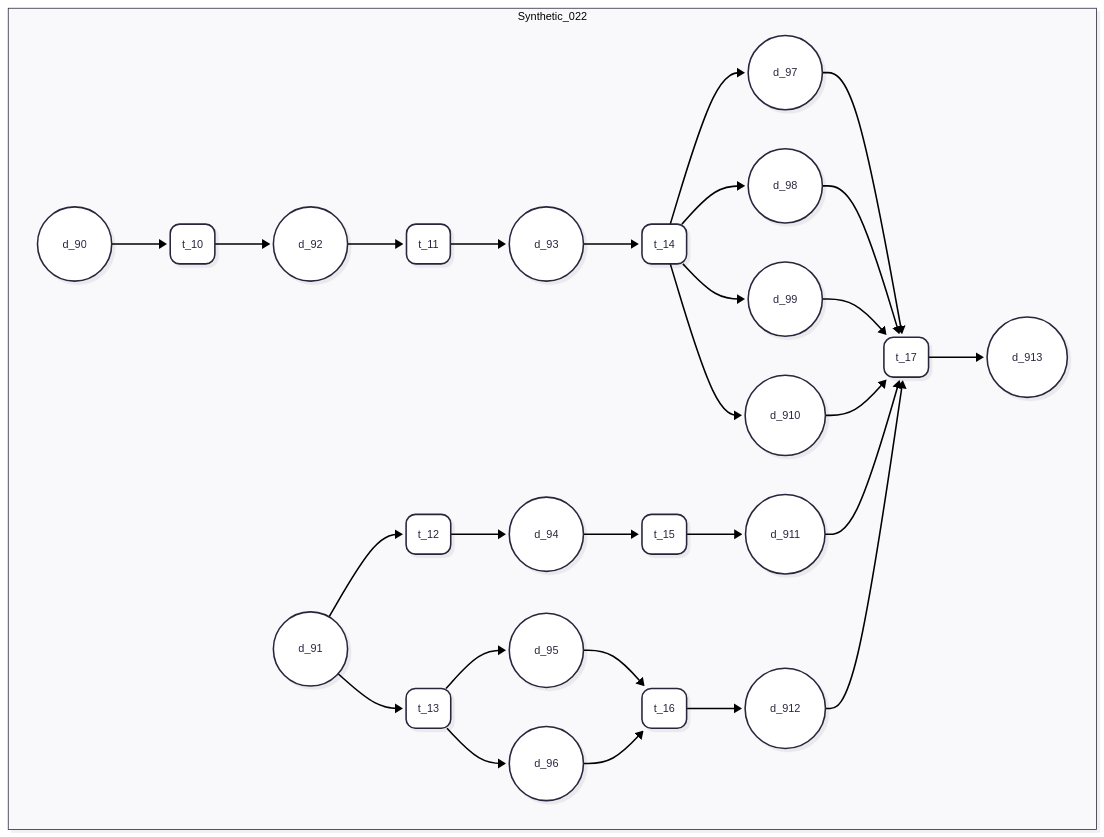
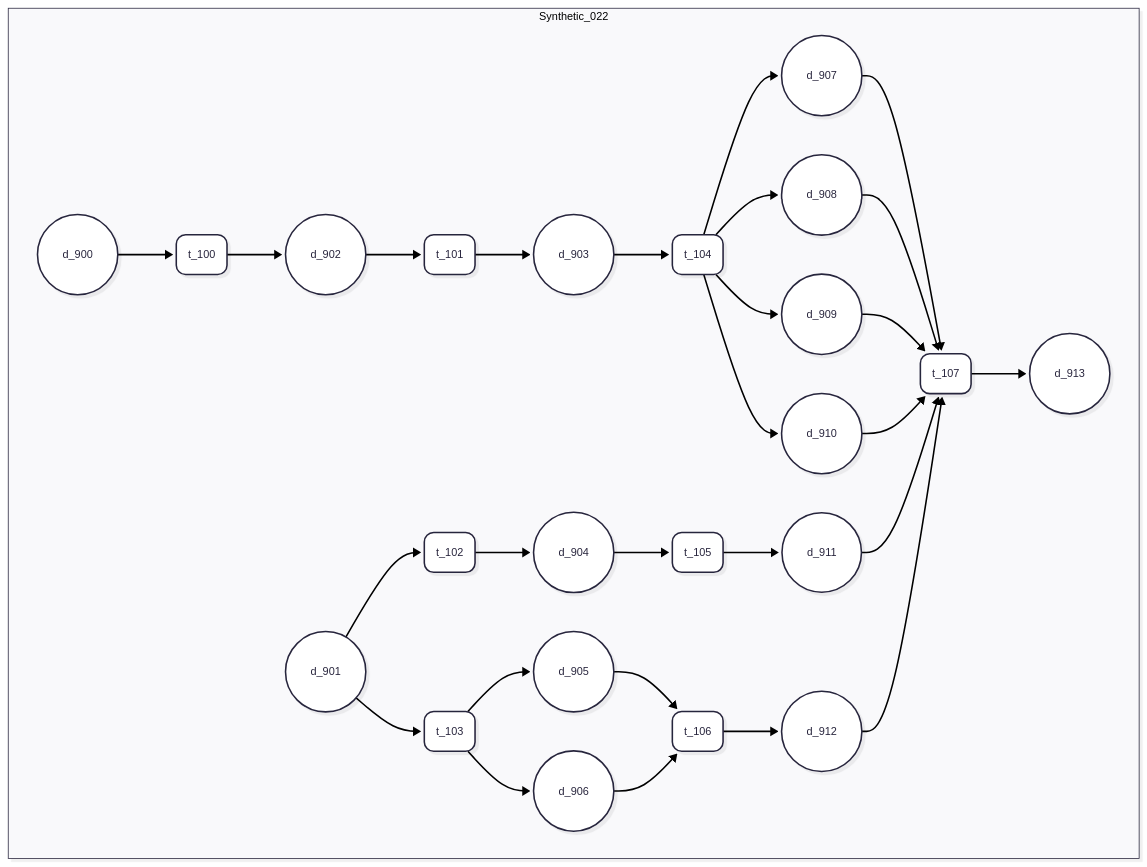
One commit to UFFeScience/denethor changed the diagram in resources/data/instance_files/synthetic/synthetic_user_defined/mermaid/Synthetic_022.mermaid. Above: the diagram before and after it, drawn with Mermaid. The commit also changed 36 other files, not shown here.

```diff
--- a/resources/data/instance_files/synthetic/synthetic_user_defined/mermaid/Synthetic_022.mermaid
+++ b/resources/data/instance_files/synthetic/synthetic_user_defined/mermaid/Synthetic_022.mermaid
@@ -1,53 +1,55 @@
 ---
 config:
   layout: dagre
   theme: redux
   look: neo
+notes: |
+  PATTERN: Independent Branches | Map, Split, Merge
 ---
 flowchart LR
  subgraph Synthetic_22["Synthetic_022"]
     direction LR
-        S22_d0(("d_90"))
-        S22_d1(("d_91"))
-        S22_d2(("d_92"))
-        S22_d3(("d_93"))
-        S22_d4(("d_94"))
-        S22_d5(("d_95"))
-        S22_d6(("d_96"))
-        S22_d7(("d_97"))
-        S22_d8(("d_98"))
-        S22_d9(("d_99"))
+        S22_d0(("d_900"))
+        S22_d1(("d_901"))
+        S22_d2(("d_902"))
+        S22_d3(("d_903"))
+        S22_d4(("d_904"))
+        S22_d5(("d_905"))
+        S22_d6(("d_906"))
+        S22_d7(("d_907"))
+        S22_d8(("d_908"))
+        S22_d9(("d_909"))
         S22_d10(("d_910"))
         S22_d11(("d_911"))
         S22_d12(("d_912"))
         S22_d13(("d_913"))
-        S22_t0("t_10")
-        S22_t1("t_11")
-        S22_t2("t_12")
-        S22_t3("t_13")
-        S22_t4("t_14")
-        S22_t5("t_15")
-        S22_t6("t_16")
-        S22_t7("t_17")
+        S22_t0("t_100")
+        S22_t1("t_101")
+        S22_t2("t_102")
+        S22_t3("t_103")
+        S22_t4("t_104")
+        S22_t5("t_105")
+        S22_t6("t_106")
+        S22_t7("t_107")
   end
     S22_d0 --> S22_t0
     S22_d1 --> S22_t2 & S22_t3
     S22_d2 --> S22_t1
     S22_d3 --> S22_t4
     S22_d4 --> S22_t5
     S22_d5 --> S22_t6
     S22_d6 --> S22_t6
     S22_d7 --> S22_t7
     S22_d8 --> S22_t7
     S22_d9 --> S22_t7
     S22_d10 --> S22_t7
     S22_d11 --> S22_t7
     S22_d12 --> S22_t7
     S22_t0 --> S22_d2
     S22_t1 --> S22_d3
     S22_t2 --> S22_d4
     S22_t3 --> S22_d5 & S22_d6
     S22_t4 --> S22_d7 & S22_d8 & S22_d9 & S22_d10
     S22_t5 --> S22_d11
     S22_t6 --> S22_d12
     S22_t7 --> S22_d13
```
